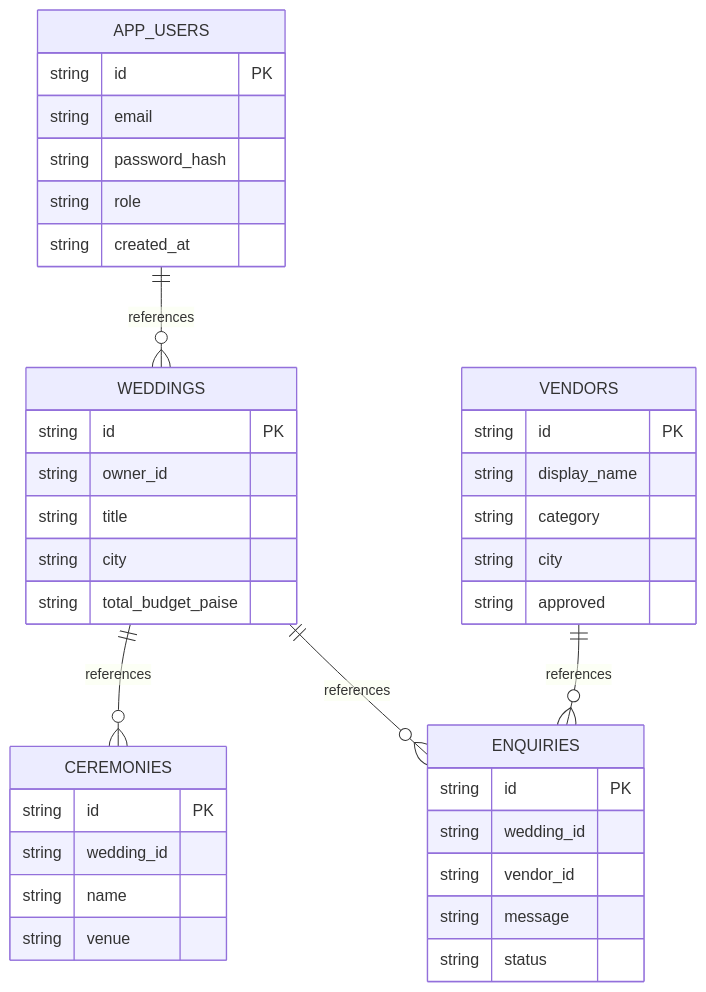
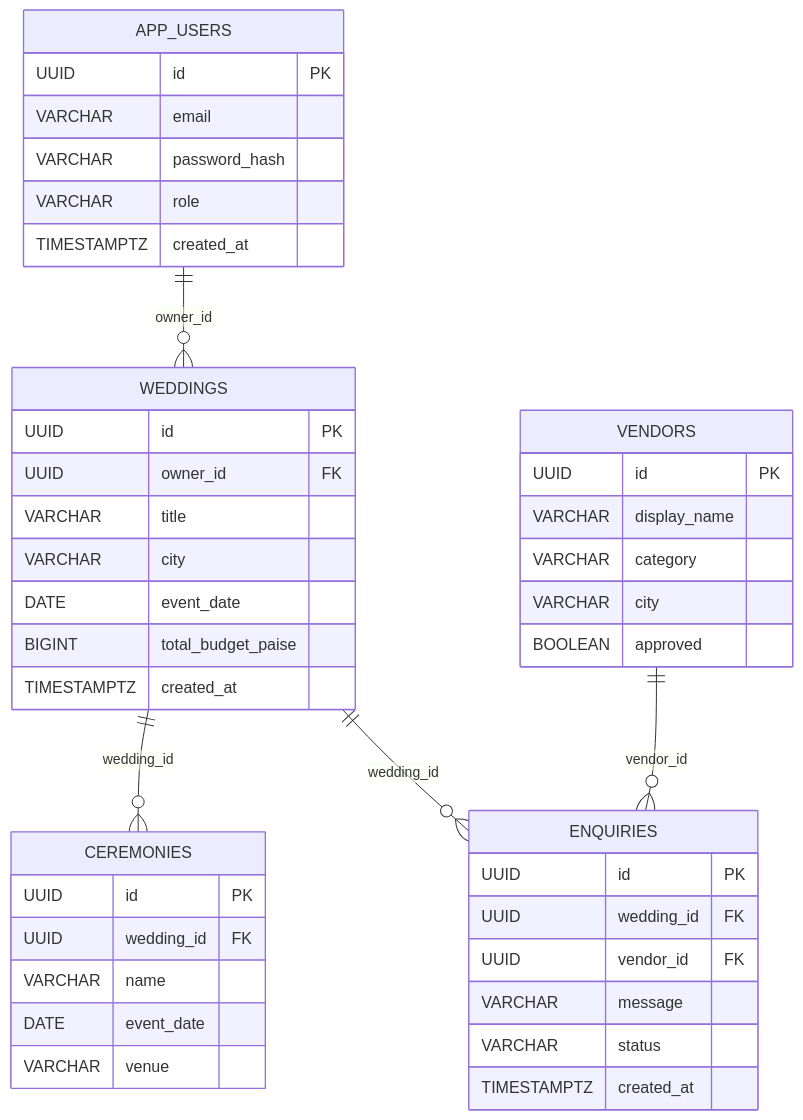
Before and after one commit to bv-prasanna/wedplan: the third of 3 diagrams in docs/architecture-kt/README.md, drawn with Mermaid.

Commit message:
docs: derive ER fields and primary/foreign key labels from actual DDL

````diff
--- a/docs/architecture-kt/README.md
+++ b/docs/architecture-kt/README.md
@@ -38,41 +38,45 @@
 ```mermaid
 erDiagram
     APP_USERS {
-        string id PK
-        string email
-        string password_hash
-        string role
-        string created_at
+        UUID id PK
+        VARCHAR email
+        VARCHAR password_hash
+        VARCHAR role
+        TIMESTAMPTZ created_at
+    }
+    CEREMONIES {
+        UUID id PK
+        UUID wedding_id FK
+        VARCHAR name
+        DATE event_date
+        VARCHAR venue
+    }
+    ENQUIRIES {
+        UUID id PK
+        UUID wedding_id FK
+        UUID vendor_id FK
+        VARCHAR message
+        VARCHAR status
+        TIMESTAMPTZ created_at
+    }
+    VENDORS {
+        UUID id PK
+        VARCHAR display_name
+        VARCHAR category
+        VARCHAR city
+        BOOLEAN approved
     }
     WEDDINGS {
-        string id PK
-        string owner_id
-        string title
-        string city
-        string total_budget_paise
+        UUID id PK
+        UUID owner_id FK
+        VARCHAR title
+        VARCHAR city
+        DATE event_date
+        BIGINT total_budget_paise
+        TIMESTAMPTZ created_at
     }
-    CEREMONIES {
-        string id PK
-        string wedding_id
-        string name
-        string venue
-    }
-    VENDORS {
-        string id PK
-        string display_name
-        string category
-        string city
-        string approved
-    }
-    ENQUIRIES {
-        string id PK
-        string wedding_id
-        string vendor_id
-        string message
-        string status
-    }
-    APP_USERS ||--o{ WEDDINGS : references
-    WEDDINGS ||--o{ CEREMONIES : references
-    WEDDINGS ||--o{ ENQUIRIES : references
-    VENDORS ||--o{ ENQUIRIES : references
+    APP_USERS ||--o{ WEDDINGS : owner_id
+    WEDDINGS ||--o{ CEREMONIES : wedding_id
+    WEDDINGS ||--o{ ENQUIRIES : wedding_id
+    VENDORS ||--o{ ENQUIRIES : vendor_id
 ```
````
